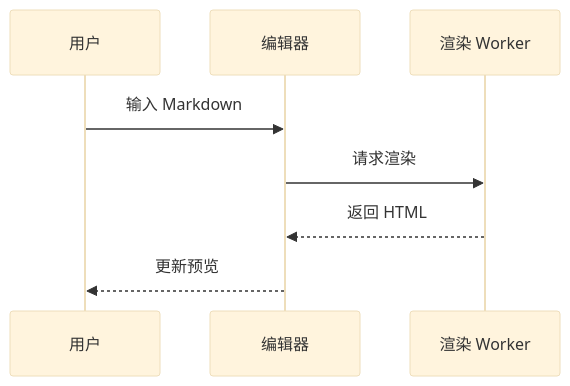
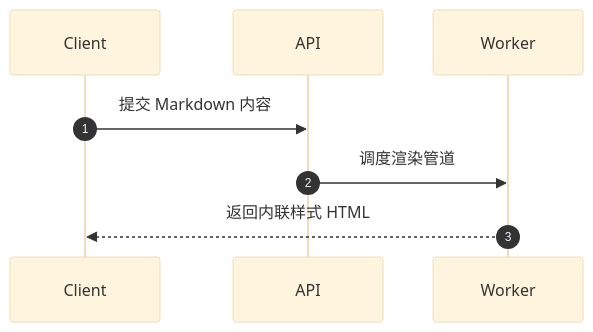
One commit to hopol/bm.md-bak changed the diagram in upstream/docs/features.md. Above: the diagram before and after it, drawn with Mermaid (base theme). The commit also changed other lines of this file and 106 other files, not shown here.

````diff
--- a/upstream/docs/features.md
+++ b/upstream/docs/features.md
@@ -455,10 +287,7 @@
 ```mermaid
 sequenceDiagram
-  participant U as 用户
-  participant E as 编辑器
-  participant W as 渲染 Worker
-  U->>E: 输入 Markdown
-  E->>W: 请求渲染
-  W-->>E: 返回 HTML
-  E-->>U: 更新预览
+  autonumber
+  Client->>API: 提交 Markdown 内容
+  API->>Worker: 调度渲染管道
+  Worker-->>Client: 返回内联样式 HTML
 ```
````
